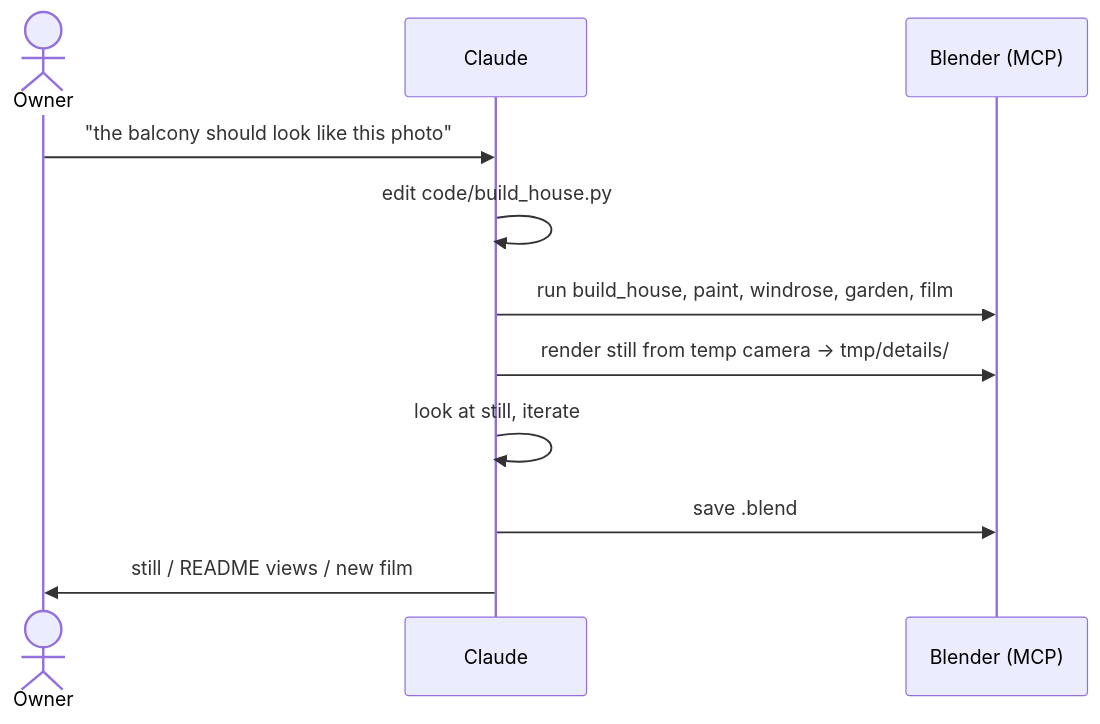
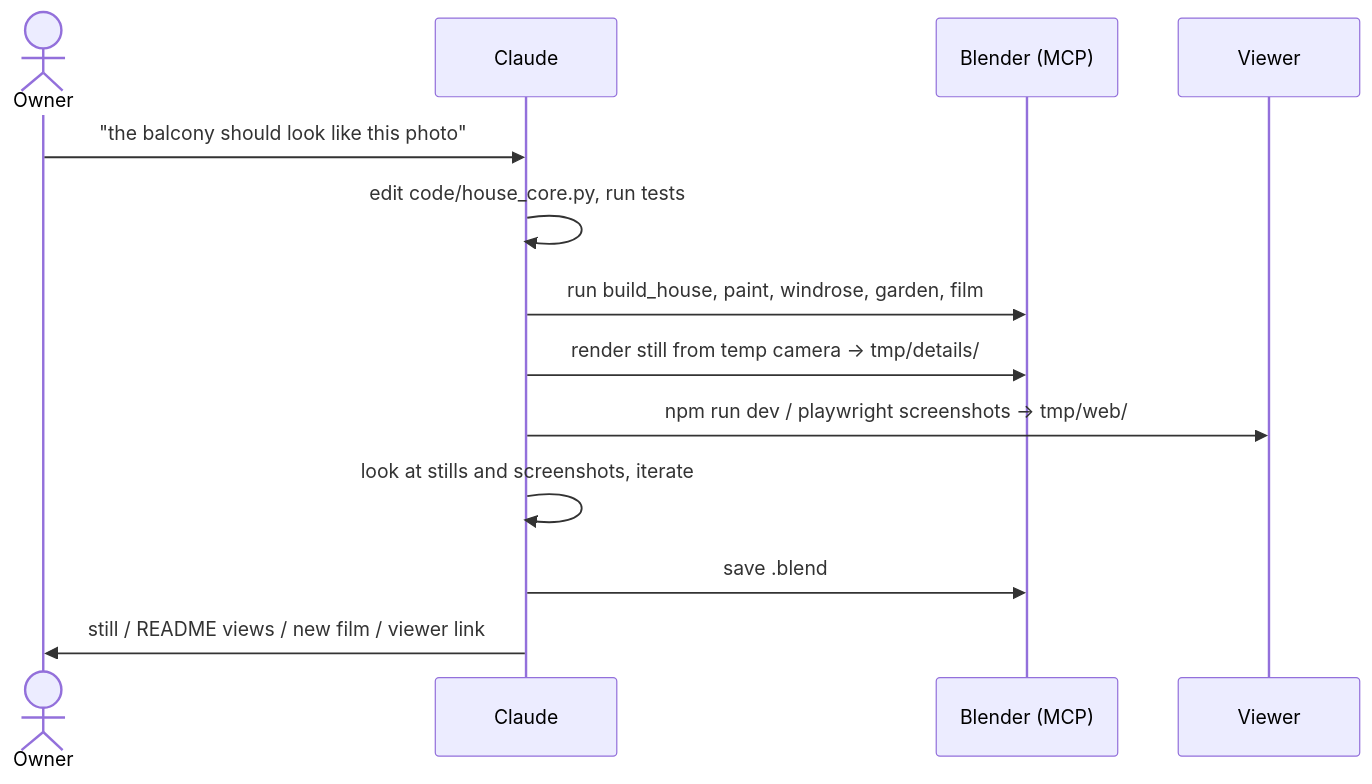
Before and after one commit to tillg/frechen_blender: the first of 2 diagrams in specs/system/functional.md, drawn with Mermaid. The commit also changed other lines of this file and 6 other files, not shown here.

Commit message:
Frechenlehen in three.js: shared Python core, glTF export and browser viewer

````diff
--- a/specs/system/functional.md
+++ b/specs/system/functional.md
@@ -56,13 +71,15 @@
 ```mermaid
 sequenceDiagram
     actor Owner
     participant Agent as Claude
     participant B as Blender (MCP)
+    participant W as Viewer
     Owner->>Agent: "the balcony should look like this photo"
-    Agent->>Agent: edit code/build_house.py
+    Agent->>Agent: edit code/house_core.py, run tests
     Agent->>B: run build_house, paint, windrose, garden, film
     Agent->>B: render still from temp camera → tmp/details/
-    Agent->>Agent: look at still, iterate
+    Agent->>W: npm run dev / playwright screenshots → tmp/web/
+    Agent->>Agent: look at stills and screenshots, iterate
     Agent->>B: save .blend
-    Agent->>Owner: still / README views / new film
+    Agent->>Owner: still / README views / new film / viewer link
 ```
````
